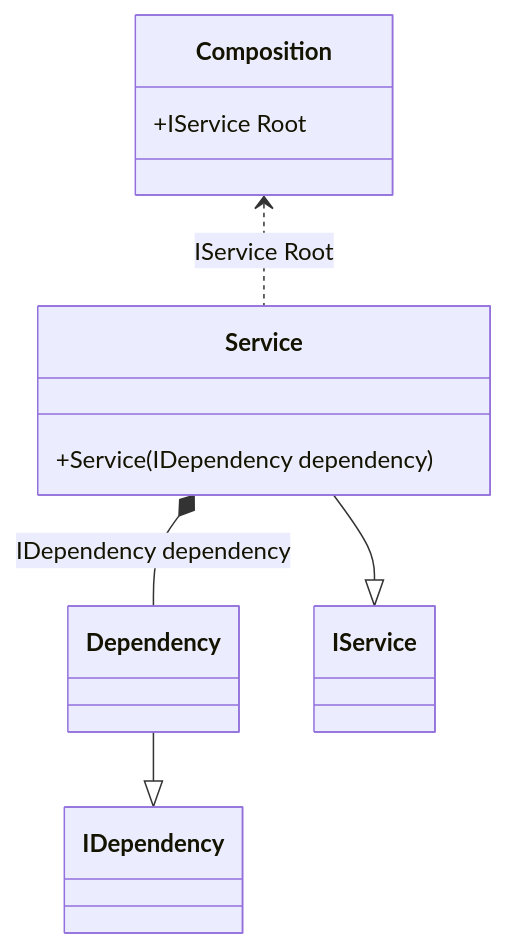
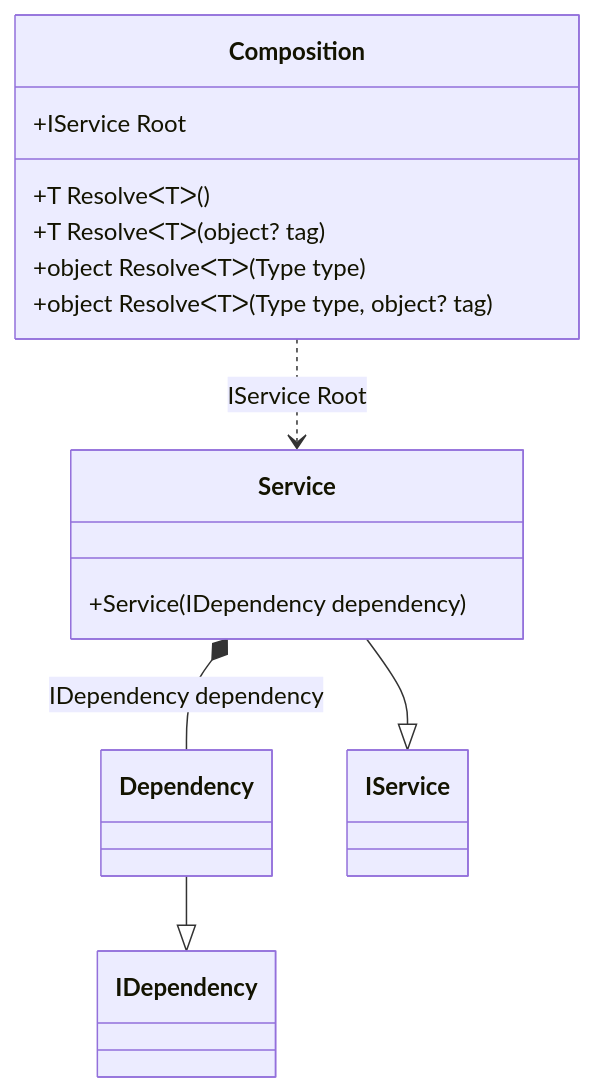
The third of 22 diagrams in readme/Examples.md (DevTeam/Pure.DI), drawn with Mermaid before and after one commit. The commit also changed other lines of this file and 3 other files, not shown here.

````diff
--- a/readme/Examples.md
+++ b/readme/Examples.md
@@ -162,14 +171,18 @@
 ```mermaid
 classDiagram
 class Composition {
 +IService Root
++T ResolveᐸTᐳ()
++T ResolveᐸTᐳ(object? tag)
++object ResolveᐸTᐳ(Type type)
++object ResolveᐸTᐳ(Type type, object? tag)
 }
 Dependency --|> IDependency : 
 class Dependency
 Service --|> IService : 
 class Service {
 +Service(IDependency dependency)
 }
-Composition <.. Service : IService Root
+Composition ..> Service : IService Root
 Service *-- Dependency : IDependency dependency
 ```
````
